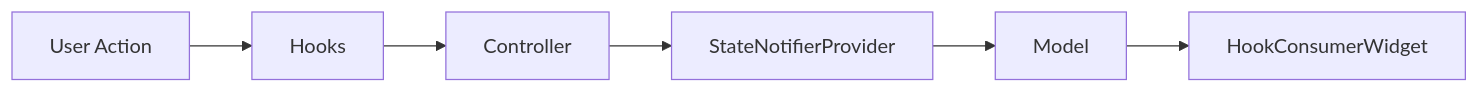
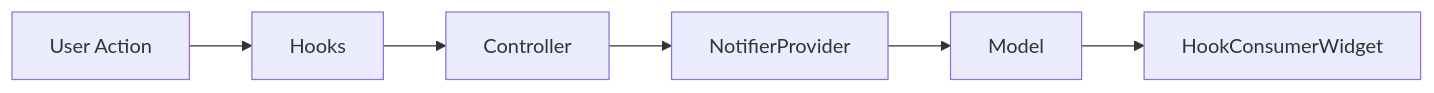
One commit to GrassVenture/date-feed-back changed the second of 2 diagrams in context/mvp/design-doc.md. Above: the diagram before and after it, drawn with Mermaid. The commit also changed other lines of this file, not shown here.

````diff
--- a/context/mvp/design-doc.md
+++ b/context/mvp/design-doc.md
@@ -178,8 +178,8 @@
    ```mermaid
    graph LR
    A[User Action] --> B[Hooks]
    B --> C[Controller]
-   C --> D[StateNotifierProvider]
+   C --> D[NotifierProvider]
    D --> E[Model]
    E --> F[HookConsumerWidget]
    ```
````
